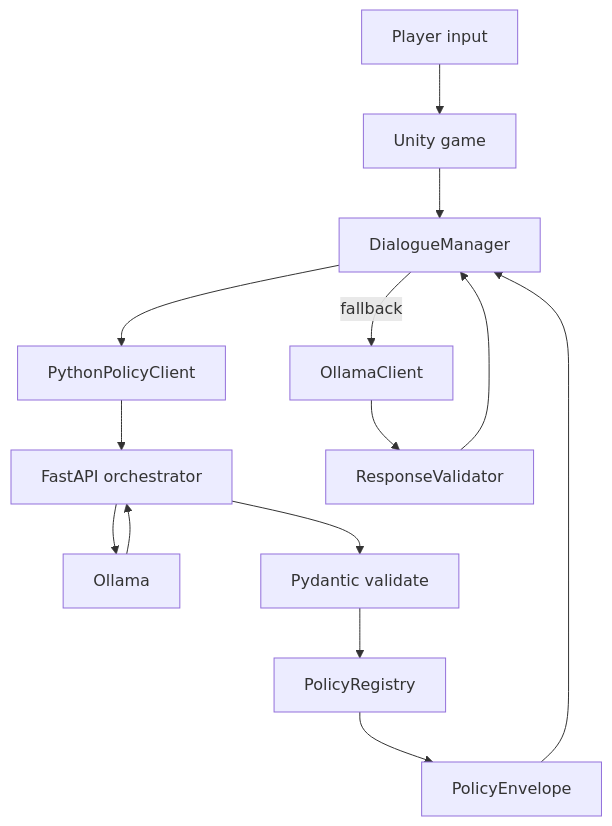
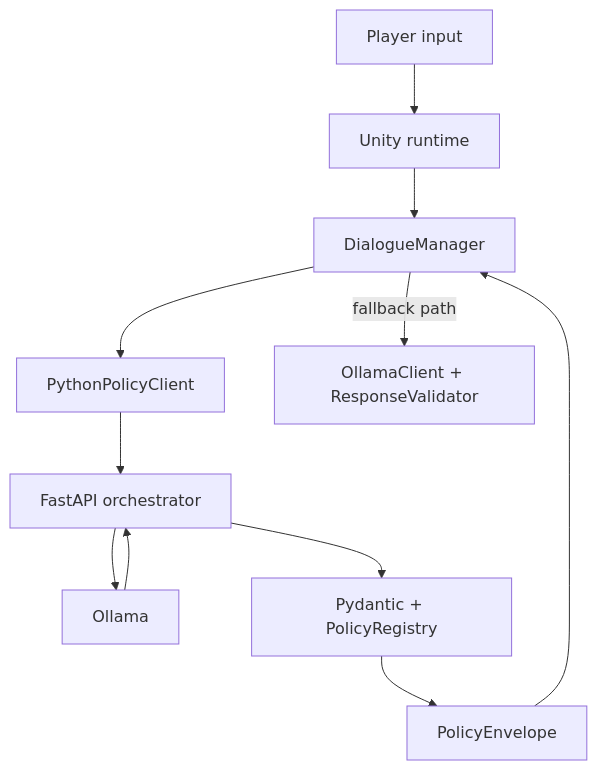
One commit to aaorsi/rpg changed the diagram in README.md. Above: the diagram before and after it, drawn with Mermaid. The commit also changed other lines of this file, not shown here.

First line of the commit message:
Rewrite README with player-first framing and feature walkthrough.

````diff
--- a/README.md
+++ b/README.md
@@ -22,16 +105,13 @@
 ```mermaid
 flowchart TB
-  player["Player input"] --> unity["Unity game"]
+  player["Player input"] --> unity["Unity runtime"]
   unity --> dm["DialogueManager"]
-  dm --> ppc["PythonPolicyClient"]
-  ppc --> api["FastAPI orchestrator"]
-  api --> ollama["Ollama"]
-  ollama --> api
-  api --> pydantic["Pydantic validate"]
-  pydantic --> policy["PolicyRegistry"]
+  dm --> sidecar["PythonPolicyClient"]
+  sidecar --> api["FastAPI orchestrator"]
+  api --> model["Ollama"]
+  model --> api
+  api --> policy["Pydantic + PolicyRegistry"]
   policy --> envelope["PolicyEnvelope"]
   envelope --> dm
-  dm -->|"fallback"| ollamaDirect["OllamaClient"]
-  ollamaDirect --> validator["ResponseValidator"]
-  validator --> dm
+  dm -->|"fallback path"| direct["OllamaClient + ResponseValidator"]
 ```
````
